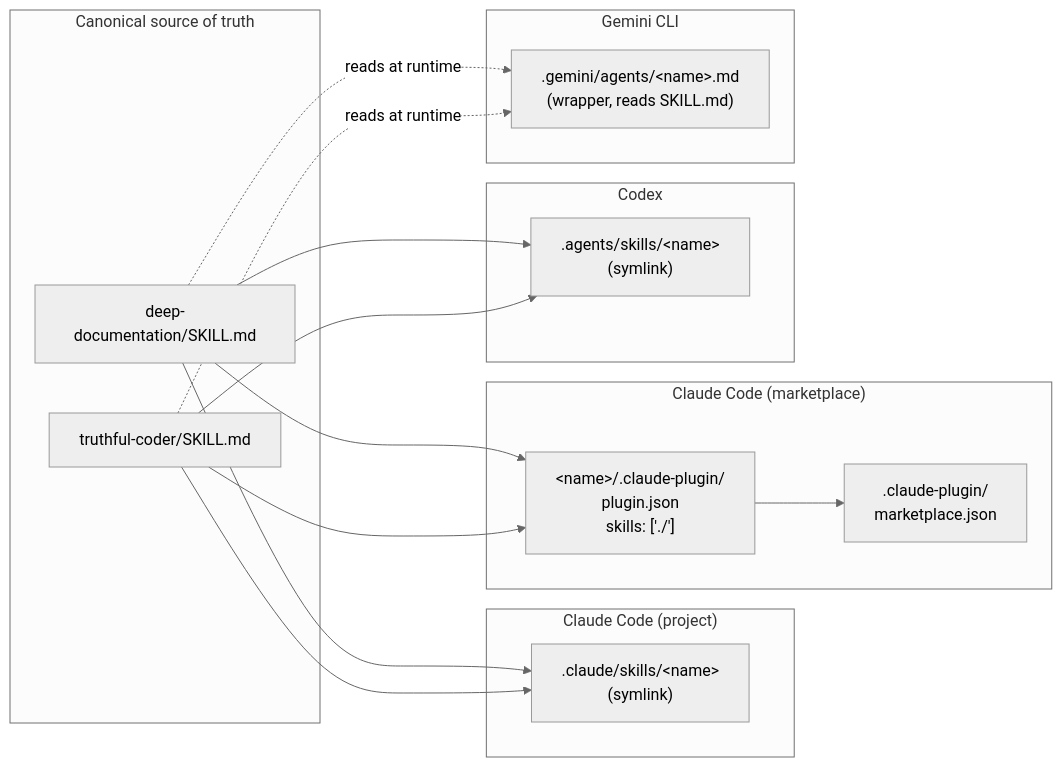
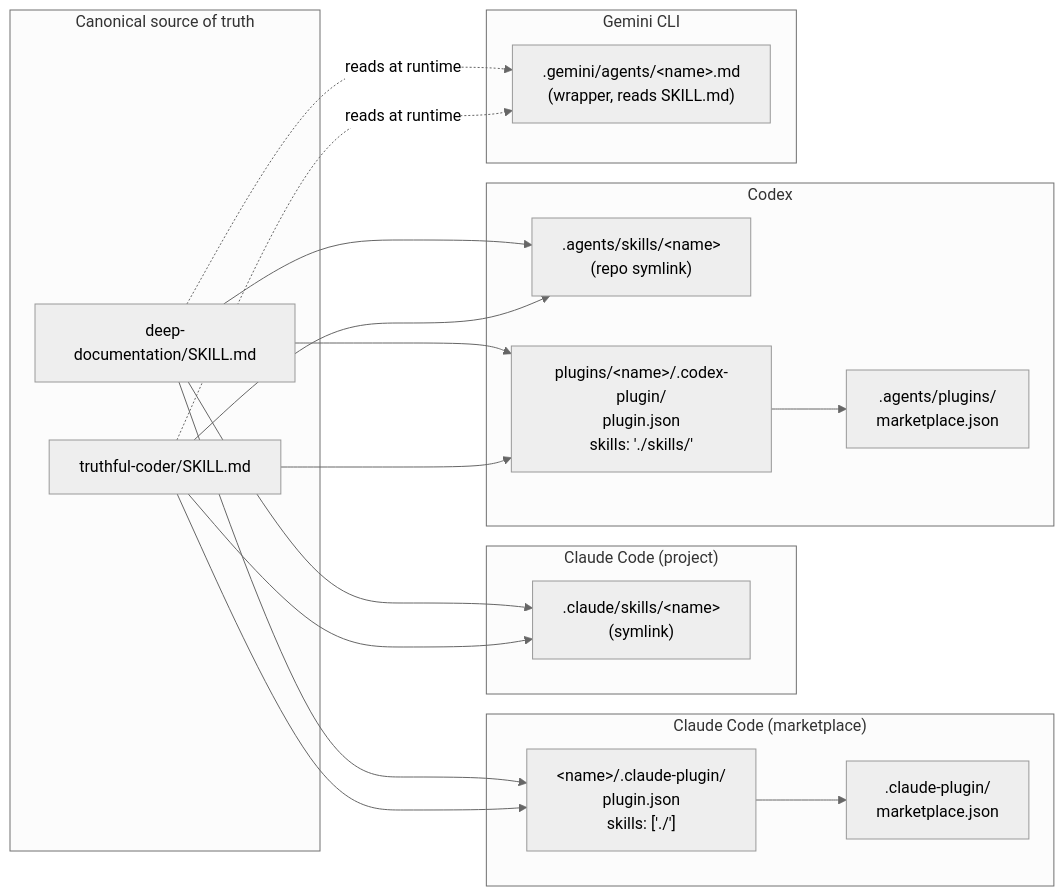
One commit to adamdroberts/agent-skills changed the diagram in docs/architecture.md. Above: the diagram before and after it, drawn with Mermaid (neutral theme). The commit also changed other lines of this file and 12 other files, not shown here.

First line of the commit message:
Add Codex plugin marketplace and sync docs

````diff
--- a/docs/architecture.md
+++ b/docs/architecture.md
@@ -57,34 +67,39 @@
 ```mermaid
 flowchart LR
     subgraph Canonical["Canonical source of truth"]
         DD["deep-documentation/SKILL.md"]
         TC["truthful-coder/SKILL.md"]
     end
 
     subgraph CCProj["Claude Code (project)"]
         CCP[".claude/skills/&lt;name&gt;<br/>(symlink)"]
     end
 
     subgraph CCMkt["Claude Code (marketplace)"]
         MKT[".claude-plugin/<br/>marketplace.json"]
         PLG["&lt;name&gt;/.claude-plugin/<br/>plugin.json<br/>skills: ['./']"]
     end
 
     subgraph Codex["Codex"]
-        CDX[".agents/skills/&lt;name&gt;<br/>(symlink)"]
+        CDXR[".agents/skills/&lt;name&gt;<br/>(repo symlink)"]
+        CDXM[".agents/plugins/<br/>marketplace.json"]
+        CDXP["plugins/&lt;name&gt;/.codex-plugin/<br/>plugin.json<br/>skills: './skills/'"]
     end
 
     subgraph Gemini["Gemini CLI"]
         GEM[".gemini/agents/&lt;name&gt;.md<br/>(wrapper, reads SKILL.md)"]
     end
 
     DD --> CCP
     TC --> CCP
     DD --> PLG
     TC --> PLG
     PLG --> MKT
-    DD --> CDX
-    TC --> CDX
+    DD --> CDXR
+    TC --> CDXR
+    DD --> CDXP
+    TC --> CDXP
+    CDXP --> CDXM
     DD -.reads at runtime.-> GEM
     TC -.reads at runtime.-> GEM
 ```
````
